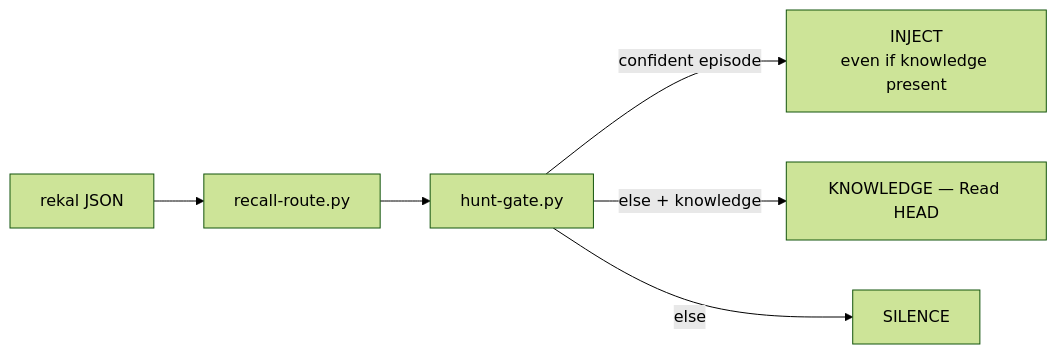
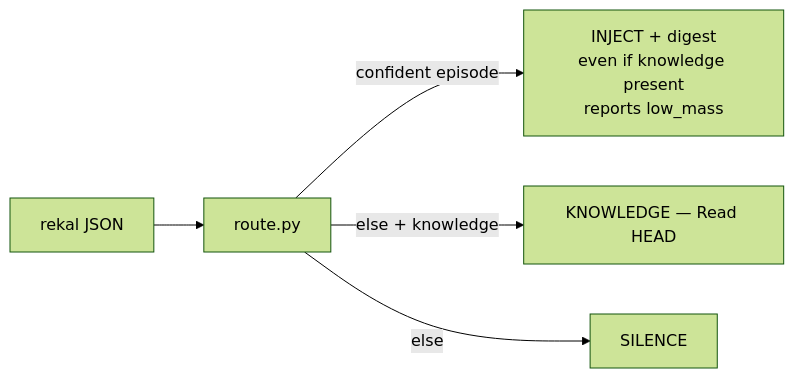
One commit to rekal-dev/rekal-cli changed the third of 3 diagrams in README.md. Above: the diagram before and after it, drawn with Mermaid (forest theme). The commit also changed other lines of this file and 25 other files, not shown here.

````diff
--- a/README.md
+++ b/README.md
@@ -288,8 +288,7 @@
 ```mermaid
 flowchart LR
-    j["rekal JSON"] --> rr["recall-route.py"]
-    rr --> hg["hunt-gate.py"]
-    hg -->|confident episode| i["INJECT<br/>even if knowledge present"]
-    hg -->|else + knowledge| k["KNOWLEDGE — Read HEAD"]
-    hg -->|else| s["SILENCE"]
+    j["rekal JSON"] --> rt["route.py"]
+    rt -->|confident episode| i["INJECT + digest<br/>even if knowledge present<br/>reports low_mass"]
+    rt -->|else + knowledge| k["KNOWLEDGE — Read HEAD"]
+    rt -->|else| s["SILENCE"]
 ```
````
